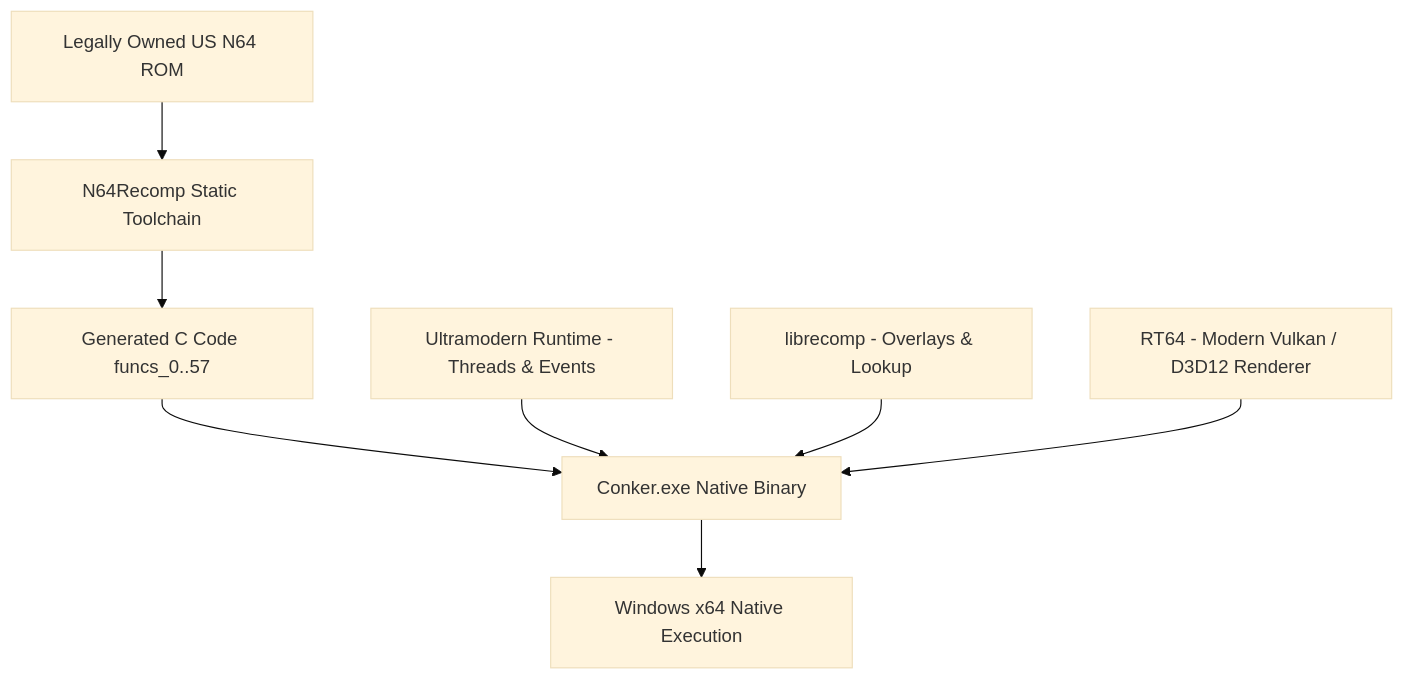
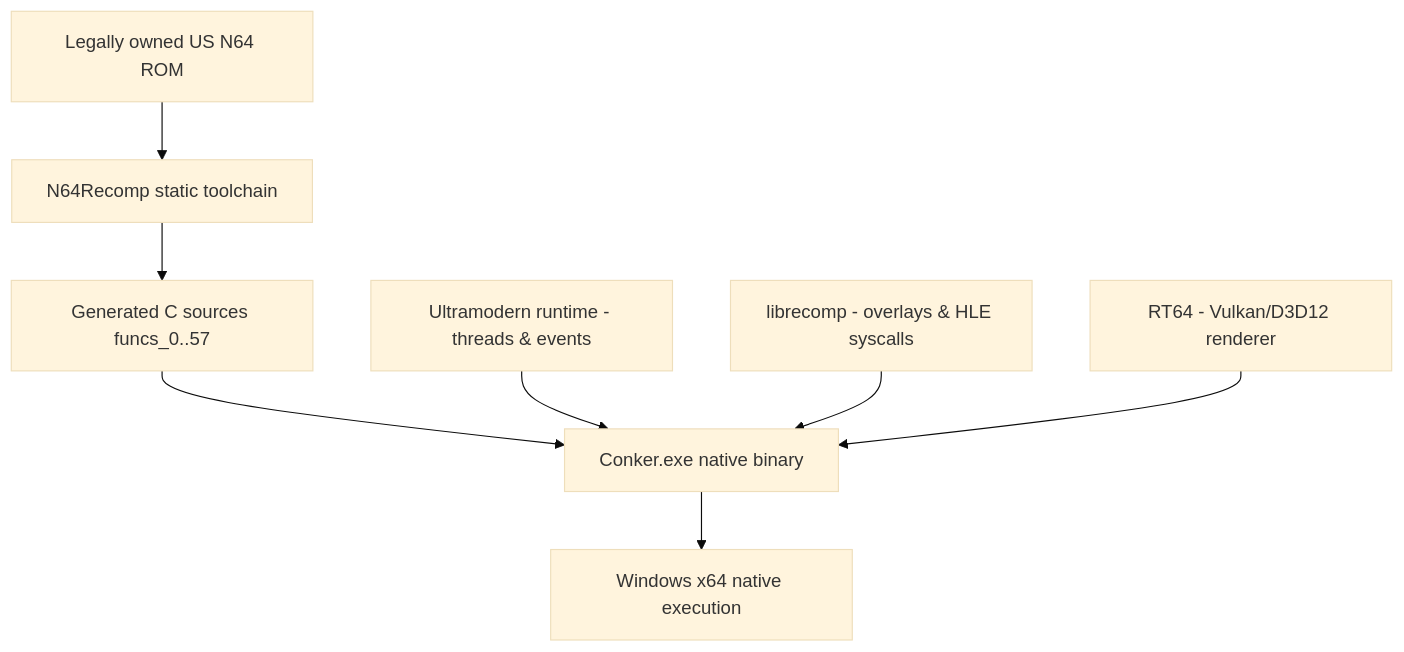
The diagram in README.md (codepdbh/conker-bad-fur-day-pc), drawn with Mermaid (base theme) before and after one commit. The commit also changed other lines of this file, not shown here.

````diff
--- a/README.md
+++ b/README.md
@@ -71,10 +68,10 @@
 ```mermaid
 flowchart TD
-    ROM[Legally Owned US N64 ROM] --> RECOMP[N64Recomp Static Toolchain]
-    RECOMP --> C[Generated C Code funcs_0..57]
-    C --> EXE[Conker.exe Native Binary]
-    ULTRA[Ultramodern Runtime - Threads & Events] --> EXE
-    LIBREC[librecomp - Overlays & Lookup] --> EXE
-    RT64[RT64 - Modern Vulkan / D3D12 Renderer] --> EXE
-    EXE --> HOST[Windows x64 Native Execution]
+    ROM[Legally owned US N64 ROM] --> RECOMP[N64Recomp static toolchain]
+    RECOMP --> C[Generated C sources funcs_0..57]
+    C --> EXE[Conker.exe native binary]
+    ULTRA[Ultramodern runtime - threads & events] --> EXE
+    LIBREC[librecomp - overlays & HLE syscalls] --> EXE
+    RT64[RT64 - Vulkan/D3D12 renderer] --> EXE
+    EXE --> HOST[Windows x64 native execution]
 ```
````
